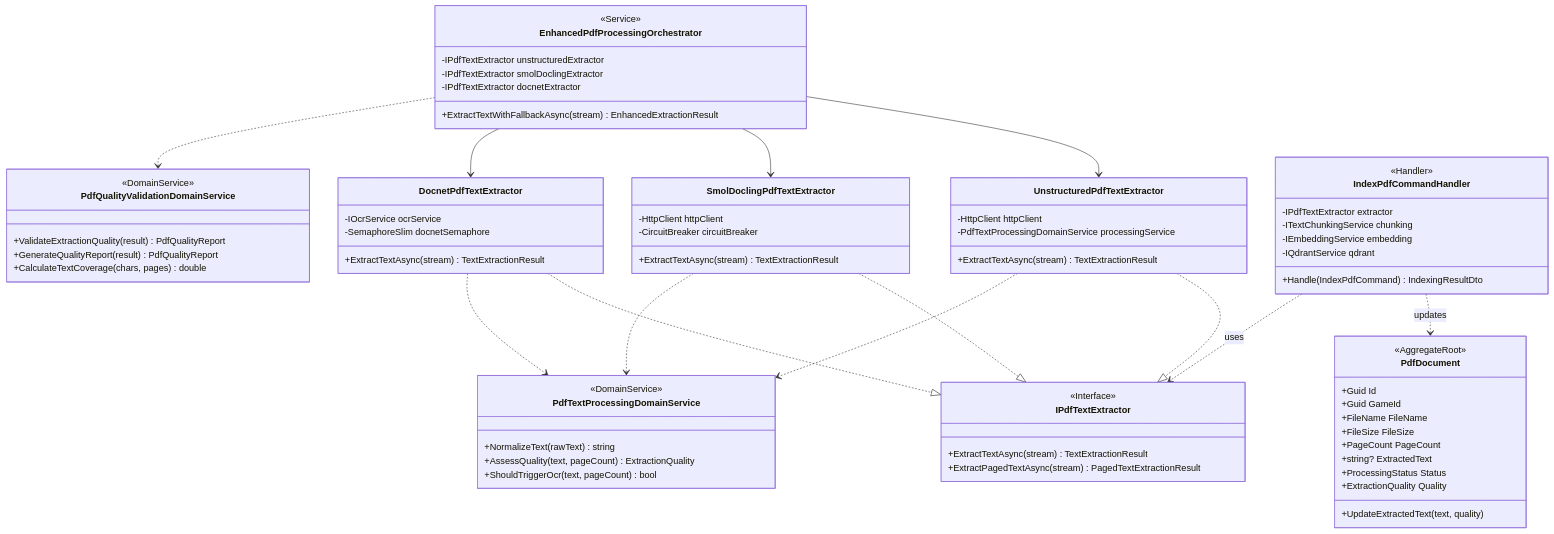
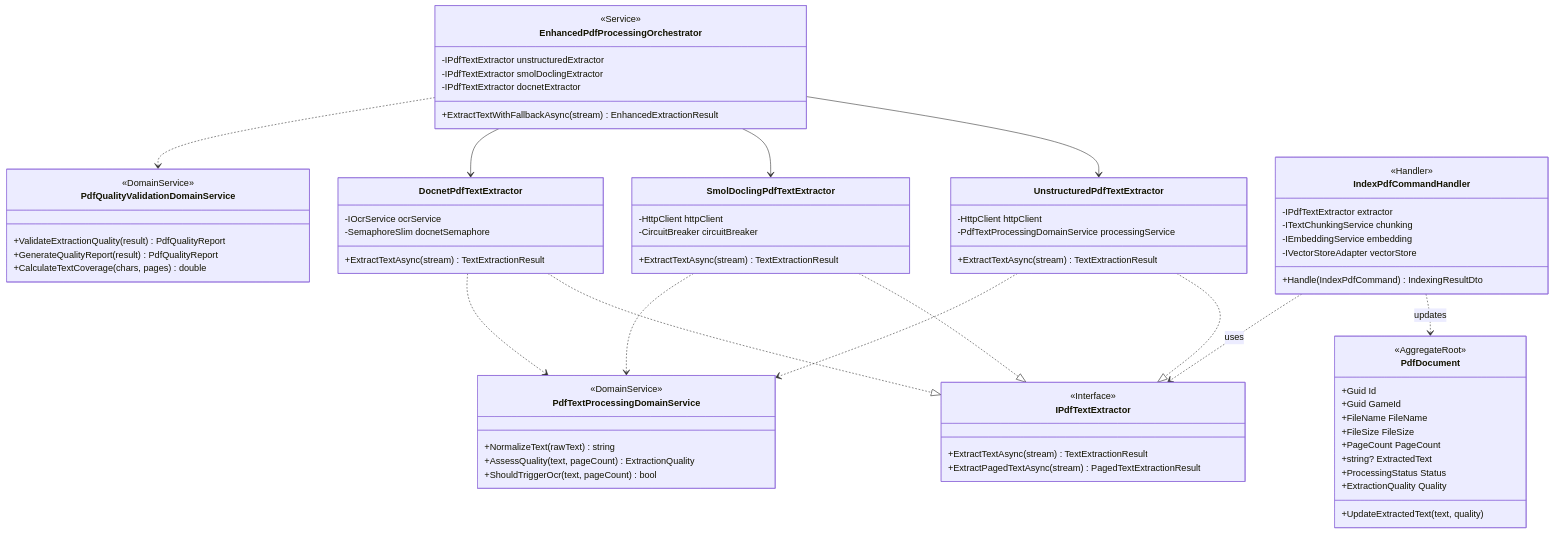
Before and after one commit to meepleAi-app/meepleai-monorepo: the fourth of 9 diagrams in docs/for-claude/architecture/diagrams/bounded-contexts-interactions.md, drawn with Mermaid. The commit also changed other lines of this file and 13 other files, not shown here.

```diff
--- a/docs/for-claude/architecture/diagrams/bounded-contexts-interactions.md
+++ b/docs/for-claude/architecture/diagrams/bounded-contexts-interactions.md
@@ -314,7 +314,7 @@
         -IPdfTextExtractor extractor
         -ITextChunkingService chunking
         -IEmbeddingService embedding
-        -IQdrantService qdrant
+        -IVectorStoreAdapter vectorStore
     }
 
     EnhancedPdfProcessingOrchestrator --> UnstructuredPdfTextExtractor
```
